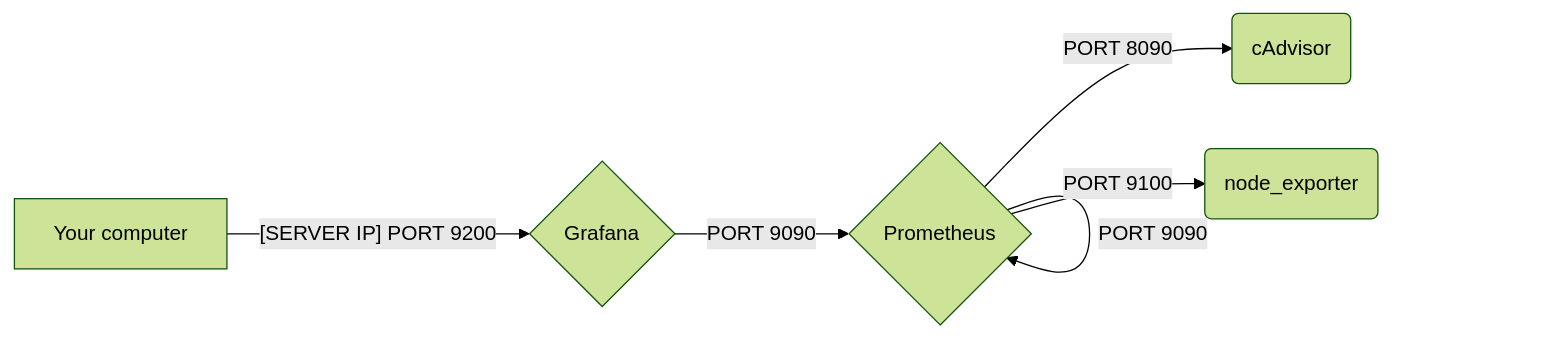
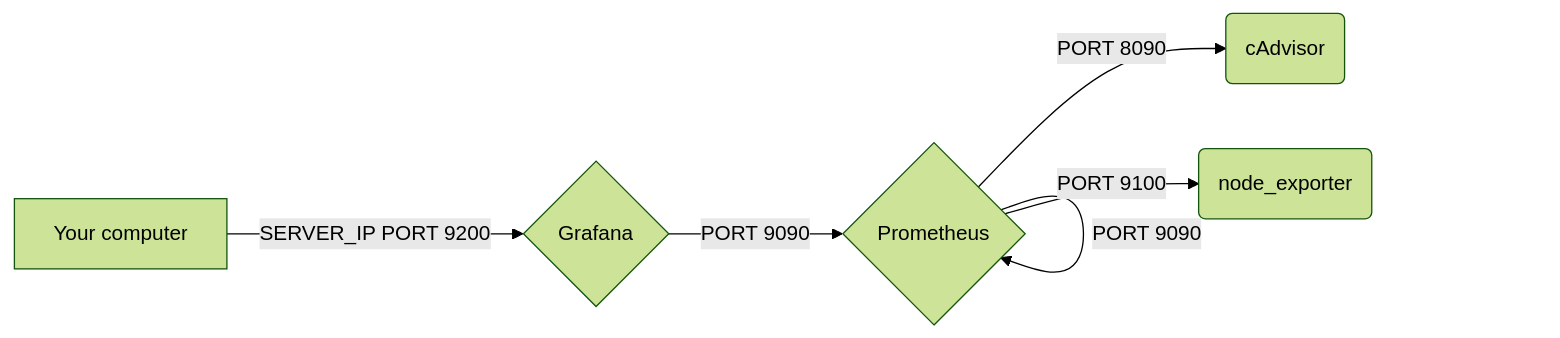
The diagram in README.md (YR72dpi/debianMonitoring), drawn with Mermaid (forest theme) before and after one commit.

Commit message:
fix: mermaid error

````diff
--- a/README.md
+++ b/README.md
@@ -13,14 +13,14 @@
 ```mermaid
 graph LR
 grafana{Grafana} 
 prometheus{Prometheus} 
 cAdvisor(cAdvisor) 
 node_exporter(node_exporter) 
 computer[Your computer] 
 
 prometheus -- PORT 8090 --> cAdvisor 
 prometheus -- PORT 9100 --> node_exporter 
 prometheus -- PORT 9090 --> prometheus 
 grafana -- PORT 9090 --> prometheus 
-computer -- [SERVER IP] PORT 9200 --> grafana 
+computer -- SERVER_IP PORT 9200 --> grafana 
 ```
````
